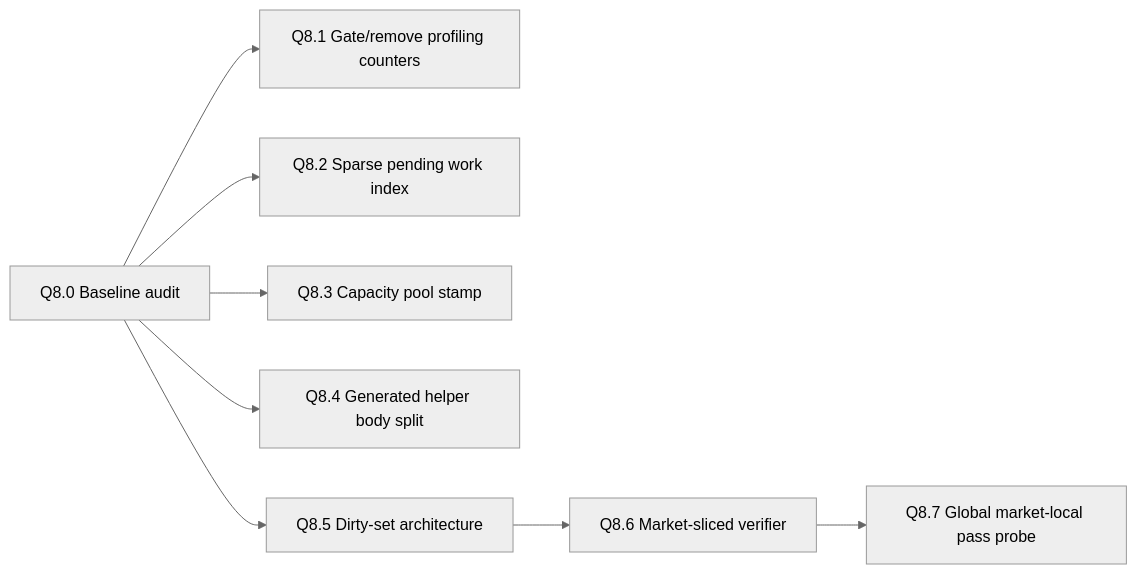
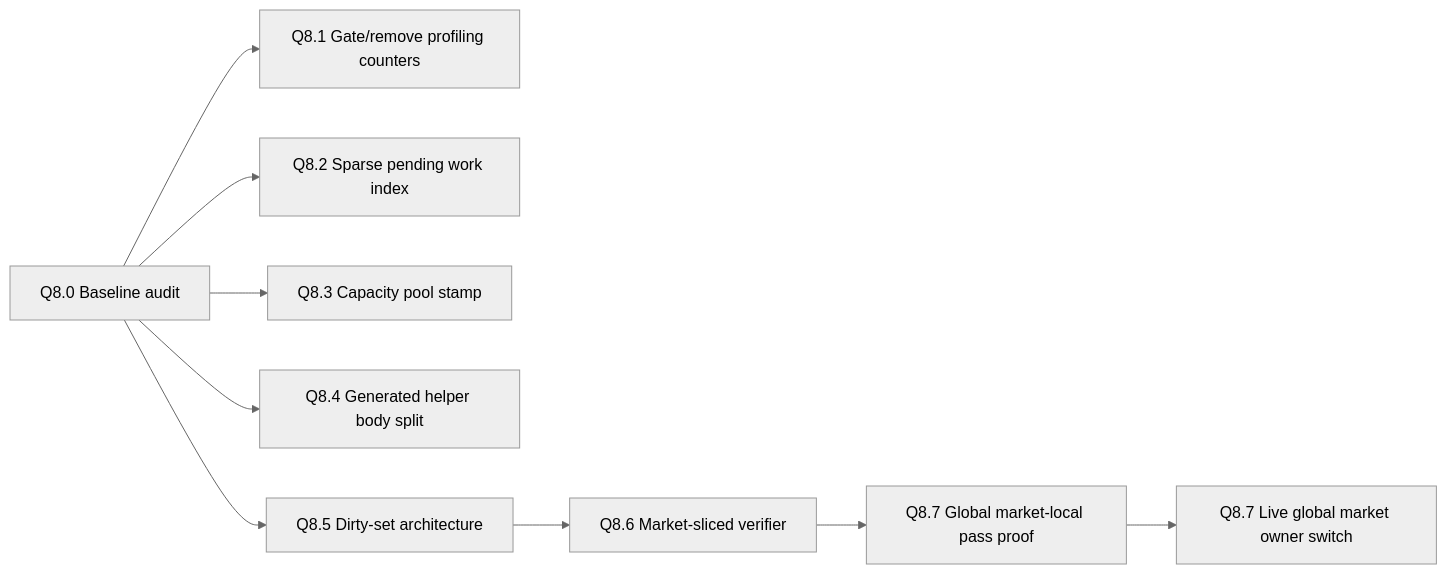
One commit to eu5mod/eu5-no-void-economy changed the diagram in docs/audits/q8/Q8_IMPLEMENTATION_BACKLOG.md. Above: the diagram before and after it, drawn with Mermaid (neutral theme). The commit also changed other lines of this file, not shown here.

Commit message:
Q8.7: update backlog for live owner migration

````diff
--- a/docs/audits/q8/Q8_IMPLEMENTATION_BACKLOG.md
+++ b/docs/audits/q8/Q8_IMPLEMENTATION_BACKLOG.md
@@ -7,10 +7,11 @@
 ```mermaid
 flowchart LR
     A[Q8.0 Baseline audit] --> B[Q8.1 Gate/remove profiling counters]
     A --> C[Q8.2 Sparse pending work index]
     A --> D[Q8.3 Capacity pool stamp]
     A --> E[Q8.4 Generated helper body split]
     A --> F[Q8.5 Dirty-set architecture]
     F --> G[Q8.6 Market-sliced verifier]
-    G --> H[Q8.7 Global market-local pass probe]
+    G --> H[Q8.7 Global market-local pass proof]
+    H --> I[Q8.7 Live global market owner switch]
 ```
````
